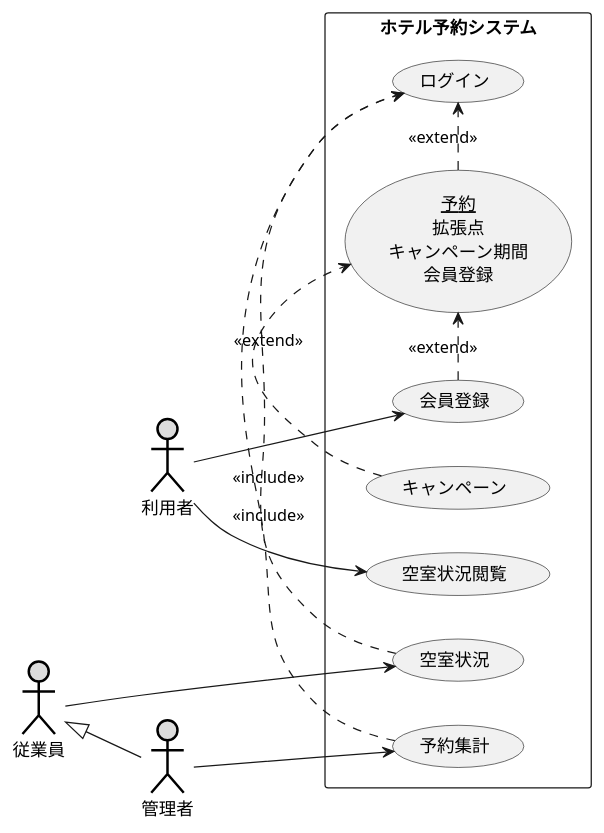
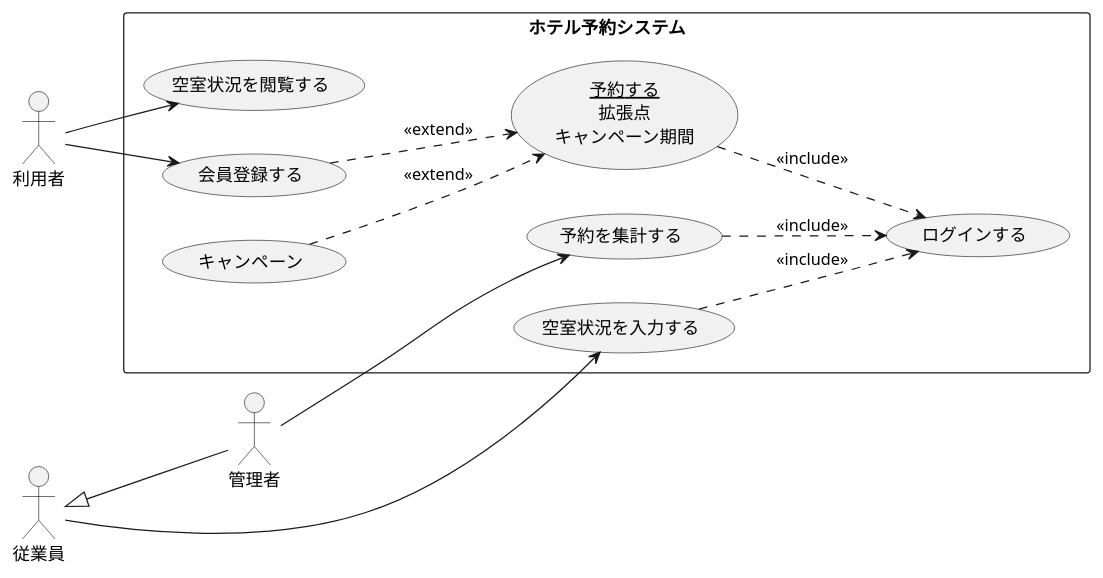
The diagram in 演習2-8_UC_ホテル予約システム.pu (youryota/uml-introduction), drawn with PlantUML before and after one commit.

Commit message:
修正

```diff
--- a/演習2-8_UC_ホテル予約システム.pu
+++ b/演習2-8_UC_ホテル予約システム.pu
@@ -1,25 +1,25 @@
-@startuml ホテル予約システム
-    left to right direction
-        actor 利用者 #DDDDDD;line:black;line.bold;
-        actor 管理者 #DDDDDD;line:black;line.bold;
-        actor 従業員 #DDDDDD;line:black;line.bold;
-    rectangle ホテル予約システム {
-    usecase 会員登録
-    usecase キャンペーン
-    usecase 空室状況閲覧
-    usecase (<u>予約</u>\n拡張点\nキャンペーン期間\n会員登録) as input
-    usecase 予約集計
-    usecase 空室状況
-    usecase ログイン
-    }
-    利用者 --> 会員登録
-    利用者 --> 空室状況閲覧
-    会員登録 .> input : <<extend>>
-    キャンペーン .> input : <<extend>>
-    input .> ログイン : <<extend>>
-    予約集計 .> ログイン : << include >>
-    空室状況 .> ログイン : << include >>
-    管理者 --> 予約集計
-    従業員 <|-- 管理者
-    従業員 --> 空室状況
+@startuml ユースケース図
+left to right direction  
+actor 利用者
+actor 従業員
+actor 管理者
+rectangle ホテル予約システム {
+usecase 空室状況を閲覧する
+usecase (<u>予約する</u>\n拡張点\nキャンペーン期間) as reserve
+usecase 空室状況を入力する
+usecase 予約を集計する
+usecase ログインする
+usecase 会員登録する
+usecase キャンペーン
+}
+利用者 --> 空室状況を閲覧する
+利用者 --> 会員登録する
+キャンペーン -[dashed]-> reserve : <<extend>>
+管理者 --> 予約を集計する
+従業員 <|-- 管理者
+従業員 --> 空室状況を入力する
+reserve -[dashed]-> ログインする : <<include>>
+予約を集計する -[dashed]-> ログインする : <<include>>
+空室状況を入力する -[dashed]-> ログインする : <<include>>
+会員登録する -[dashed]-> reserve: <<extend>>
 @enduml
```
